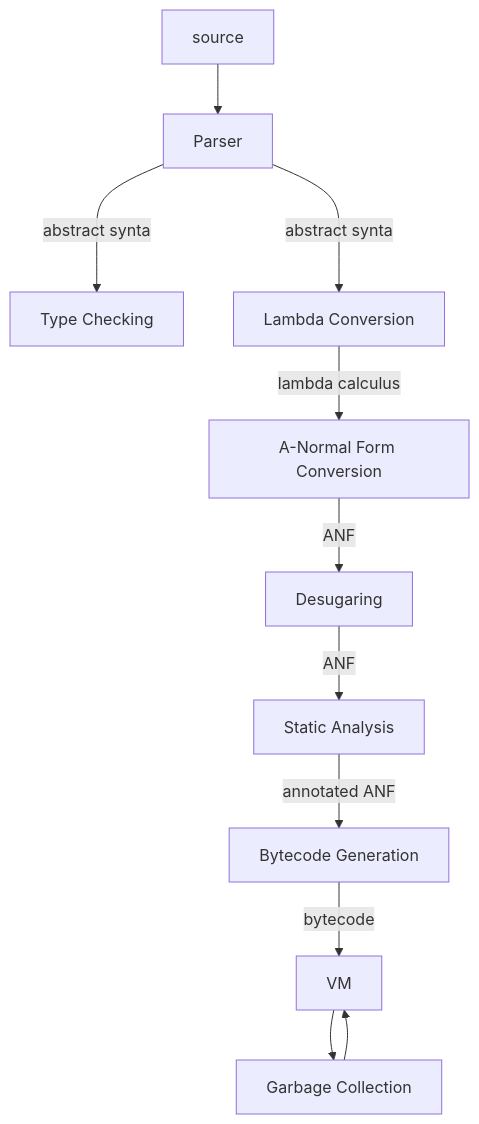
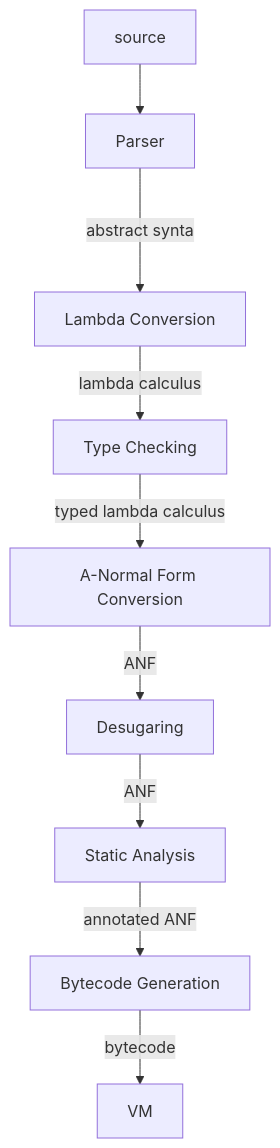
Before and after one commit to billhails/CEKF: the diagram in README.md, drawn with Mermaid. The commit also changed 28 other files, not shown here.

````diff
--- a/README.md
+++ b/README.md
@@ -63,17 +63,13 @@
 ```mermaid
 flowchart TD
 
-source --> AST[Parser]
- --abstract syntax-->  
-check[Type Checking]
-AST --abstract syntax-->  
+source -->
+AST[Parser] --abstract syntax-->  
 lambda[Lambda Conversion] --lambda calculus-->  
+check[Type Checking] --typed lambda calculus-->
 anf[A-Normal Form Conversion] --ANF-->  
-desugaring2[Desugaring]  
+desugaring2[Desugaring]  --ANF-->
 static[Static Analysis] --annotated ANF-->  
-Bytecode[Bytecode Generation] --bytecode--> VM
-desugaring2 --ANF-->
-static
-GC[Garbage Collection] --> VM
-VM --> GC
+Bytecode[Bytecode Generation] --bytecode-->
+VM
 ```
````
